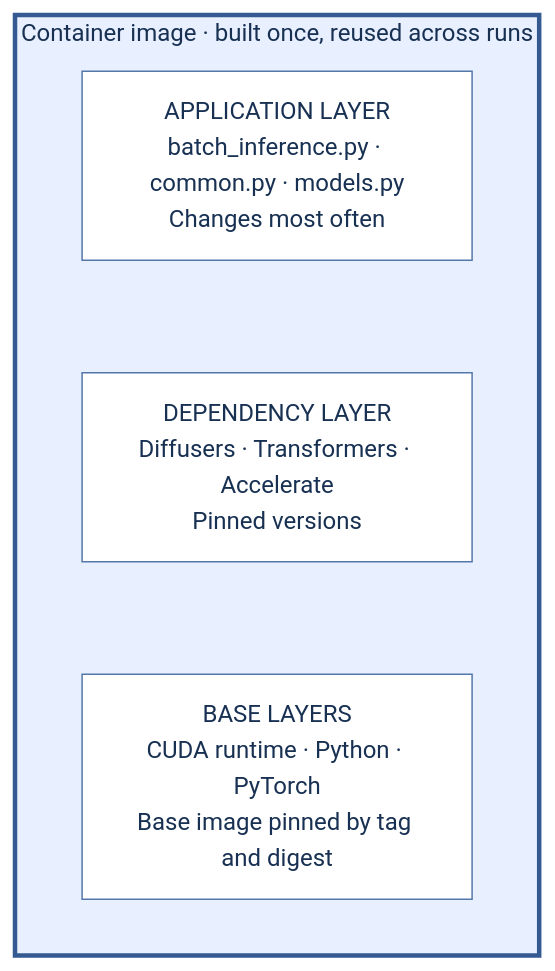
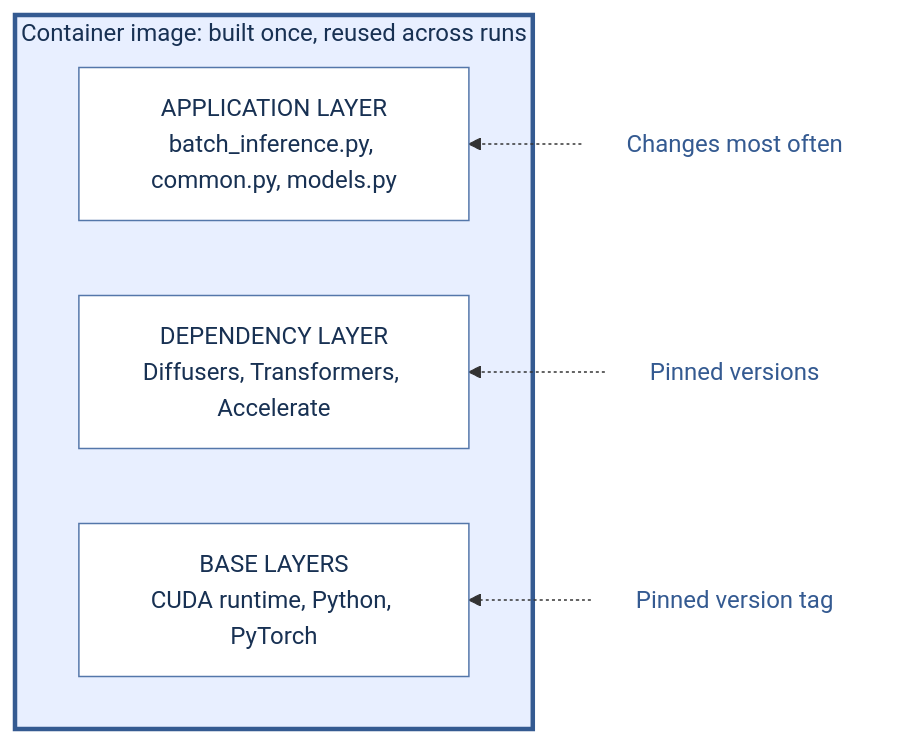
Before and after one commit to DataTalksClub/production-ai-agents-for-media-generation: the first of 2 diagrams in 01-consistent-media-generation-on-serverless-gpus/03-containers.md, drawn with Mermaid. The commit also changed other lines of this file and 5 other files, not shown here.

````diff
--- a/01-consistent-media-generation-on-serverless-gpus/03-containers.md
+++ b/01-consistent-media-generation-on-serverless-gpus/03-containers.md
@@ -64,14 +44,22 @@
 ```mermaid
-flowchart TB
-    subgraph image["Container image · built once, reused across runs"]
-        direction TB
-        code["APPLICATION LAYER<br/>batch_inference.py · common.py · models.py<br/>Changes most often"]
-        libs["DEPENDENCY LAYER<br/>Diffusers · Transformers · Accelerate<br/>Pinned versions"]
-        base["BASE LAYERS<br/>CUDA runtime · Python · PyTorch<br/>Base image pinned by tag and digest"]
-        code ~~~ libs ~~~ base
+flowchart RL
+    subgraph image["Container image: built once, reused across runs"]
+        code["APPLICATION LAYER<br/>batch_inference.py, common.py, models.py"]
+        libs["DEPENDENCY LAYER<br/>Diffusers, Transformers, Accelerate"]
+        base["BASE LAYERS<br/>CUDA runtime, Python, PyTorch"]
     end
 
+    codeNote["Changes most often"]
+    libsNote["Pinned versions"]
+    baseNote["Pinned version tag"]
+
+    codeNote -.-> code
+    libsNote -.-> libs
+    baseNote -.-> base
+
     classDef layer fill:#ffffff,stroke:#5477aa,color:#183153
+    classDef note fill:none,stroke:none,color:#345a91
     class code,libs,base layer
+    class codeNote,libsNote,baseNote note
     style image fill:#e8efff,stroke:#345a91,stroke-width:3px,color:#183153
 ```
````
